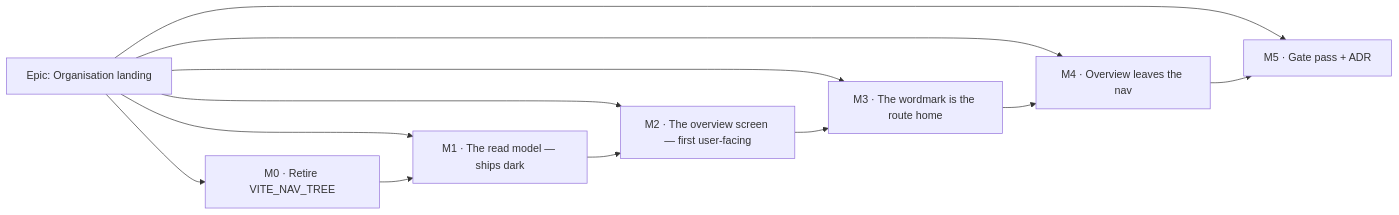
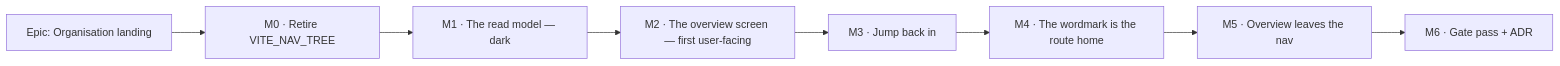
Before and after one commit to HuttonHomeHub/SchedulePoint_1: the diagram in docs/specs/organisation-landing/implementation-plan.md, drawn with Mermaid. The commit also changed other lines of this file and 3 other files, not shown here.

````diff
--- a/docs/specs/organisation-landing/implementation-plan.md
+++ b/docs/specs/organisation-landing/implementation-plan.md
@@ -15,10 +44,10 @@
 ```mermaid
 flowchart LR
   E[Epic: Organisation landing] --> M0[M0 · Retire VITE_NAV_TREE]
-  E --> M1[M1 · The read model — ships dark]
-  E --> M2[M2 · The overview screen — first user-facing]
-  E --> M3[M3 · The wordmark is the route home]
-  E --> M4[M4 · Overview leaves the nav]
-  E --> M5[M5 · Gate pass + ADR]
-  M0 --> M1 --> M2 --> M3 --> M4 --> M5
+  M0 --> M1[M1 · The read model — dark]
+  M1 --> M2[M2 · The overview screen — first user-facing]
+  M2 --> M3[M3 · Jump back in]
+  M3 --> M4[M4 · The wordmark is the route home]
+  M4 --> M5[M5 · Overview leaves the nav]
+  M5 --> M6[M6 · Gate pass + ADR]
 ```
````
